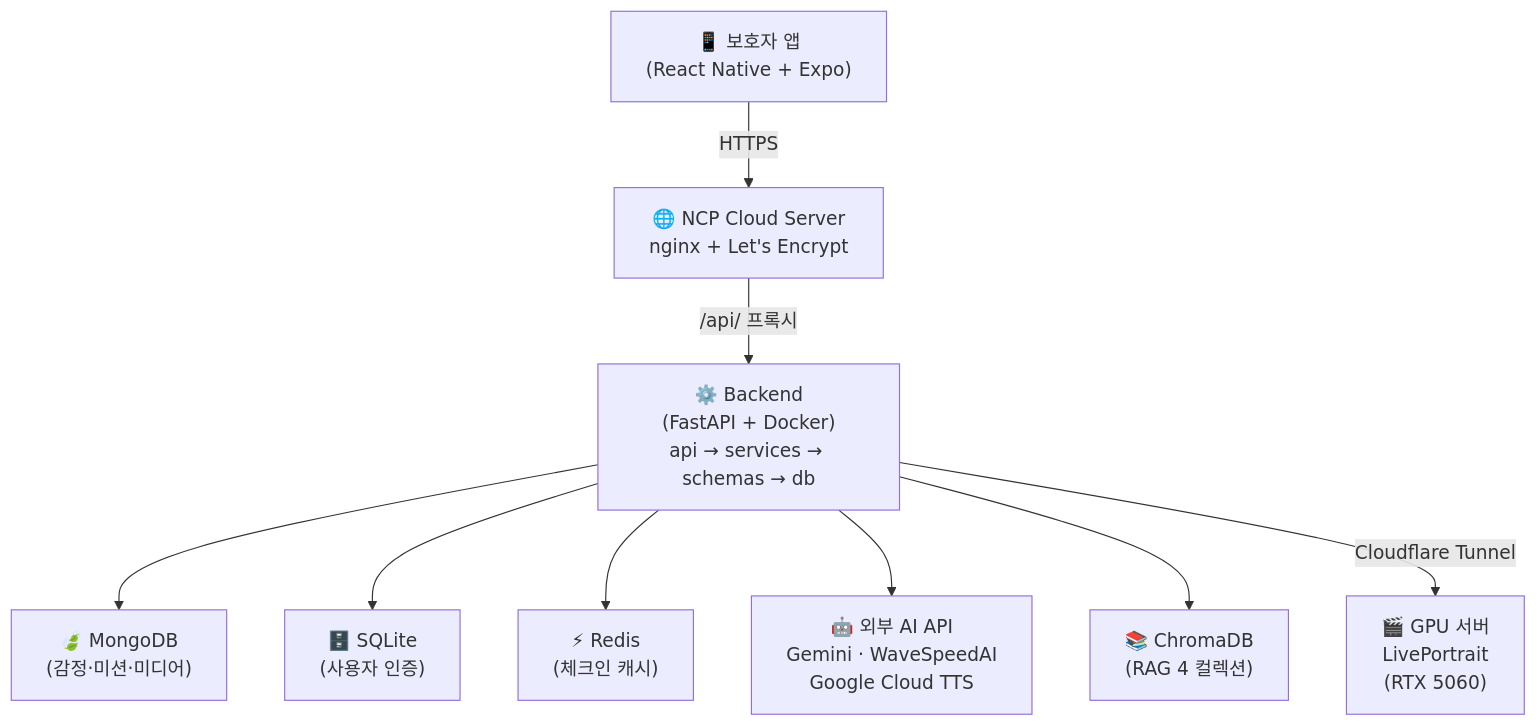
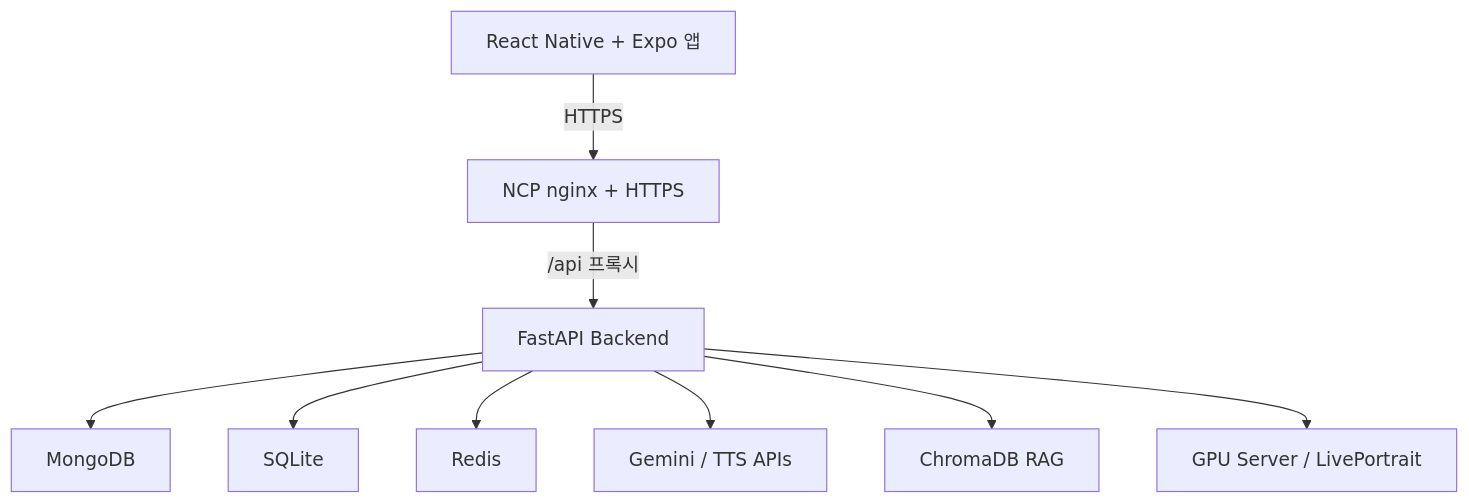
Before and after one commit to mosejong/Rainbow-Bridge: the diagram in README.md, drawn with Mermaid. The commit also changed other lines of this file, not shown here.

````diff
--- a/README.md
+++ b/README.md
@@ -122,16 +129,11 @@
 ```mermaid
 graph TD
-    A["📱 보호자 앱<br/>(React Native + Expo)"] -->|HTTPS| B
-
-    B["🌐 NCP Cloud Server<br/>nginx + Let's Encrypt"]
-    B -->|/api/ 프록시| C
-
-    C["⚙️ Backend<br/>(FastAPI + Docker)<br/>api → services → schemas → db"]
-
-    C --> D["🍃 MongoDB<br/>(감정·미션·미디어)"]
-    C --> E["🗄️ SQLite<br/>(사용자 인증)"]
-    C --> F["⚡ Redis<br/>(체크인 캐시)"]
-    C --> G["🤖 외부 AI API<br/>Gemini · WaveSpeedAI<br/>Google Cloud TTS"]
-    C --> H["📚 ChromaDB<br/>(RAG 4 컬렉션)"]
-    C -->|Cloudflare Tunnel| I["🎬 GPU 서버<br/>LivePortrait<br/>(RTX 5060)"]
+    A["React Native + Expo 앱"] -->|HTTPS| B["NCP nginx + HTTPS"]
+    B -->|/api 프록시| C["FastAPI Backend"]
+    C --> D["MongoDB"]
+    C --> E["SQLite"]
+    C --> F["Redis"]
+    C --> G["Gemini / TTS APIs"]
+    C --> H["ChromaDB RAG"]
+    C --> I["GPU Server / LivePortrait"]
 ```
````
